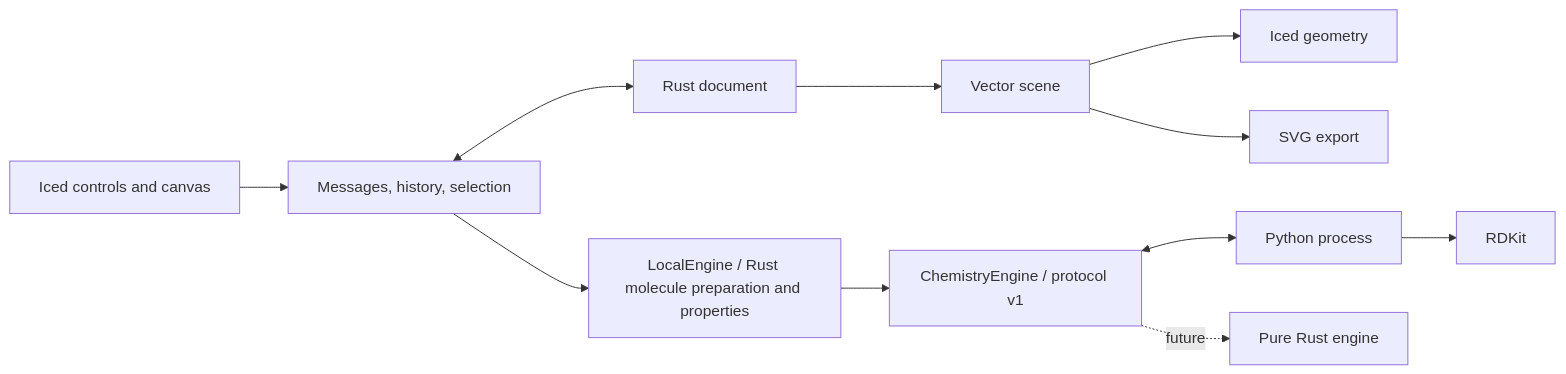
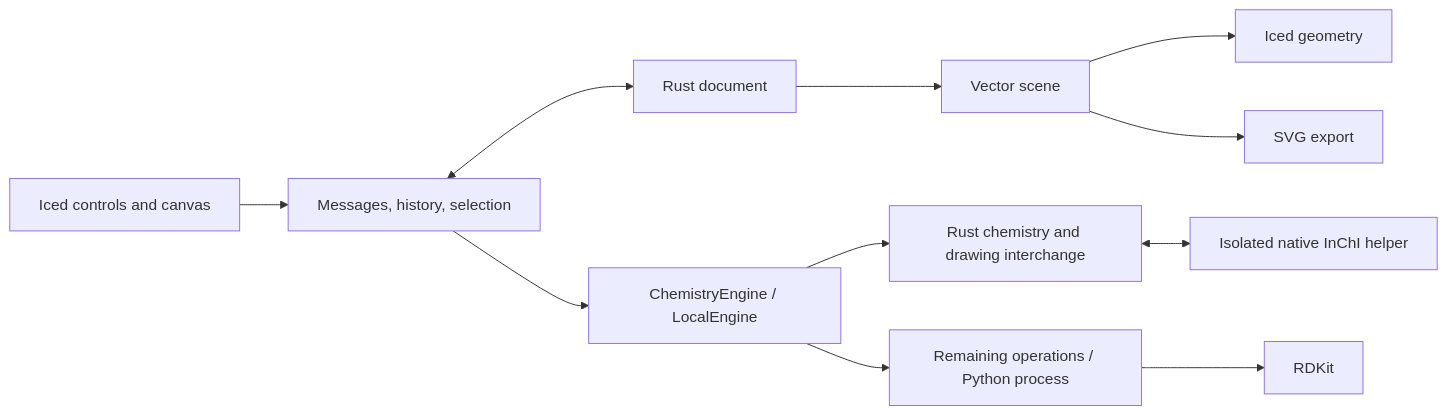
Before and after one commit to Ameyanagi/ReShiki: the diagram in docs/architecture.md, drawn with Mermaid. The commit also changed other lines of this file and 31 other files, not shown here.

Commit message:
Route analysis and coordinate imports through native chemistry

````diff
--- a/docs/architecture.md
+++ b/docs/architecture.md
@@ -5,13 +5,13 @@
 ```mermaid
 flowchart LR
     UI[Iced controls and canvas] --> App[Messages, history, selection]
     App <--> Doc[Rust document]
     Doc --> Scene[Vector scene]
     Scene --> Canvas[Iced geometry]
     Scene --> SVG[SVG export]
-    App --> Local[LocalEngine / Rust molecule preparation and properties]
-    Local --> Contract[ChemistryEngine / protocol v1]
-    Contract <--> Worker[Python process]
+    App --> Local[ChemistryEngine / LocalEngine]
+    Local --> Rust[Rust chemistry and drawing interchange]
+    Rust <--> InChI[Isolated native InChI helper]
+    Local --> Worker[Remaining operations / Python process]
     Worker --> RDKit[RDKit]
-    Contract -. future .-> Rust[Pure Rust engine]
 ```
````
